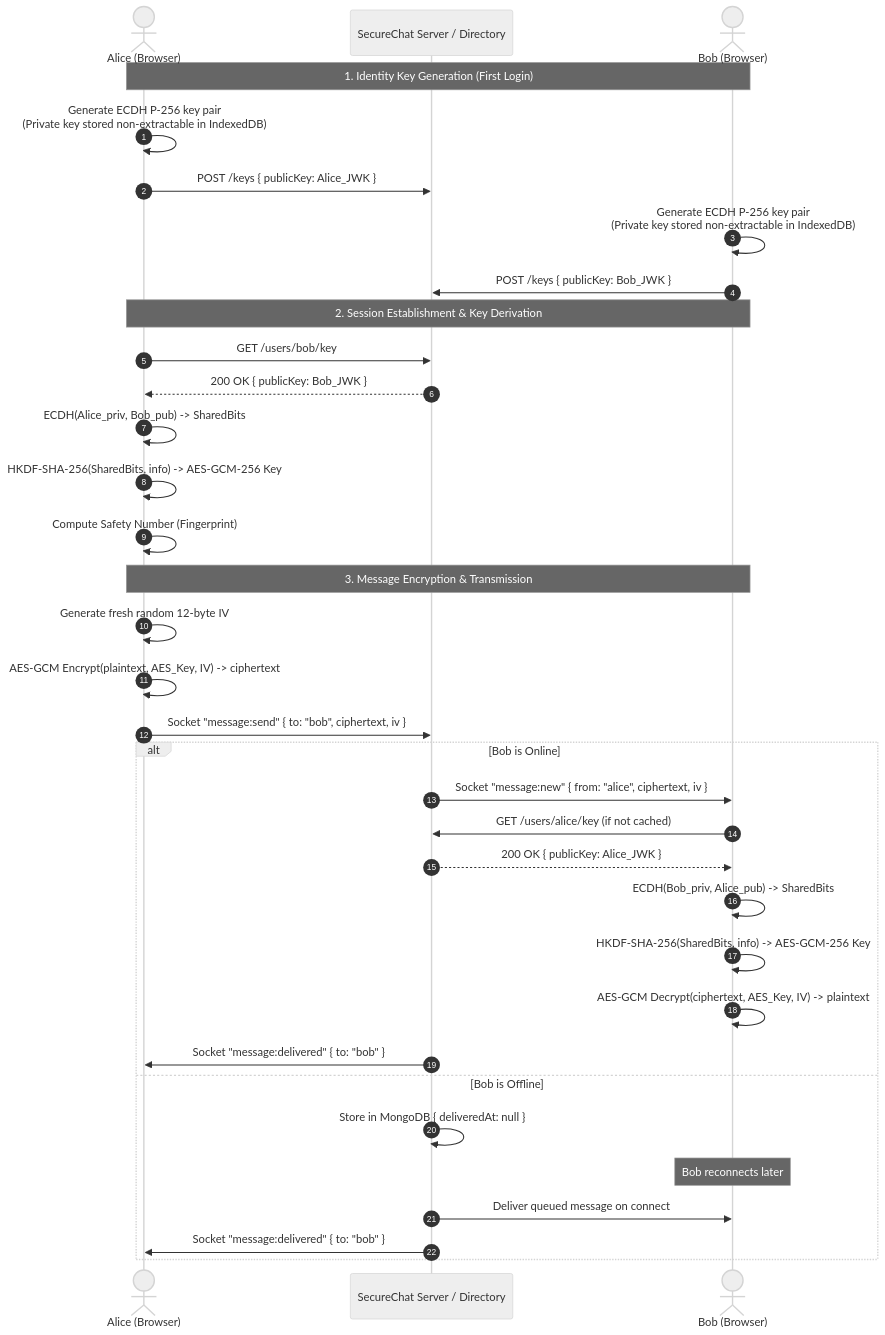
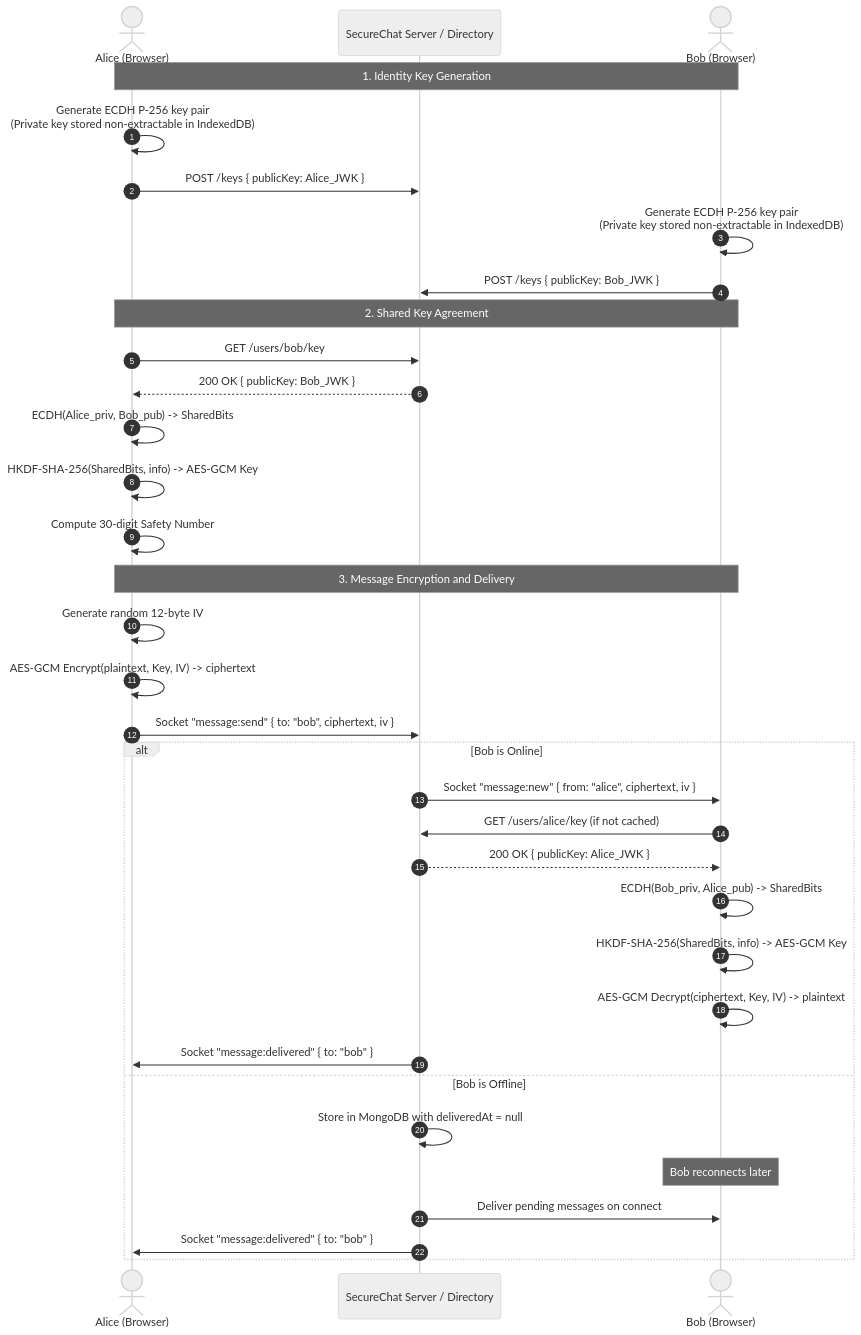
One commit to trooper108/SecureChat changed the second of 2 diagrams in README.md. Above: the diagram before and after it, drawn with Mermaid (neutral theme). The commit also changed other lines of this file, not shown here.

````diff
--- a/README.md
+++ b/README.md
@@ -65,40 +127,40 @@
 ```mermaid
 sequenceDiagram
     autonumber
     actor Alice as Alice (Browser)
     participant Server as SecureChat Server / Directory
     actor Bob as Bob (Browser)
 
-    Note over Alice,Bob: 1. Identity Key Generation (First Login)
+    Note over Alice,Bob: 1. Identity Key Generation
     Alice->>Alice: Generate ECDH P-256 key pair<br/>(Private key stored non-extractable in IndexedDB)
     Alice->>Server: POST /keys { publicKey: Alice_JWK }
     Bob->>Bob: Generate ECDH P-256 key pair<br/>(Private key stored non-extractable in IndexedDB)
     Bob->>Server: POST /keys { publicKey: Bob_JWK }
 
-    Note over Alice,Bob: 2. Session Establishment & Key Derivation
+    Note over Alice,Bob: 2. Shared Key Agreement
     Alice->>Server: GET /users/bob/key
     Server-->>Alice: 200 OK { publicKey: Bob_JWK }
     Alice->>Alice: ECDH(Alice_priv, Bob_pub) -> SharedBits
-    Alice->>Alice: HKDF-SHA-256(SharedBits, info) -> AES-GCM-256 Key
-    Alice->>Alice: Compute Safety Number (Fingerprint)
+    Alice->>Alice: HKDF-SHA-256(SharedBits, info) -> AES-GCM Key
+    Alice->>Alice: Compute 30-digit Safety Number
 
-    Note over Alice,Bob: 3. Message Encryption & Transmission
-    Alice->>Alice: Generate fresh random 12-byte IV
-    Alice->>Alice: AES-GCM Encrypt(plaintext, AES_Key, IV) -> ciphertext
+    Note over Alice,Bob: 3. Message Encryption and Delivery
+    Alice->>Alice: Generate random 12-byte IV
+    Alice->>Alice: AES-GCM Encrypt(plaintext, Key, IV) -> ciphertext
     Alice->>Server: Socket "message:send" { to: "bob", ciphertext, iv }
-    
+
     alt Bob is Online
         Server->>Bob: Socket "message:new" { from: "alice", ciphertext, iv }
         Bob->>Server: GET /users/alice/key (if not cached)
         Server-->>Bob: 200 OK { publicKey: Alice_JWK }
         Bob->>Bob: ECDH(Bob_priv, Alice_pub) -> SharedBits
-        Bob->>Bob: HKDF-SHA-256(SharedBits, info) -> AES-GCM-256 Key
-        Bob->>Bob: AES-GCM Decrypt(ciphertext, AES_Key, IV) -> plaintext
+        Bob->>Bob: HKDF-SHA-256(SharedBits, info) -> AES-GCM Key
+        Bob->>Bob: AES-GCM Decrypt(ciphertext, Key, IV) -> plaintext
         Server->>Alice: Socket "message:delivered" { to: "bob" }
     else Bob is Offline
-        Server->>Server: Store in MongoDB { deliveredAt: null }
+        Server->>Server: Store in MongoDB with deliveredAt = null
         Note over Bob: Bob reconnects later
-        Server->>Bob: Deliver queued message on connect
+        Server->>Bob: Deliver pending messages on connect
         Server->>Alice: Socket "message:delivered" { to: "bob" }
     end
 ```
````
